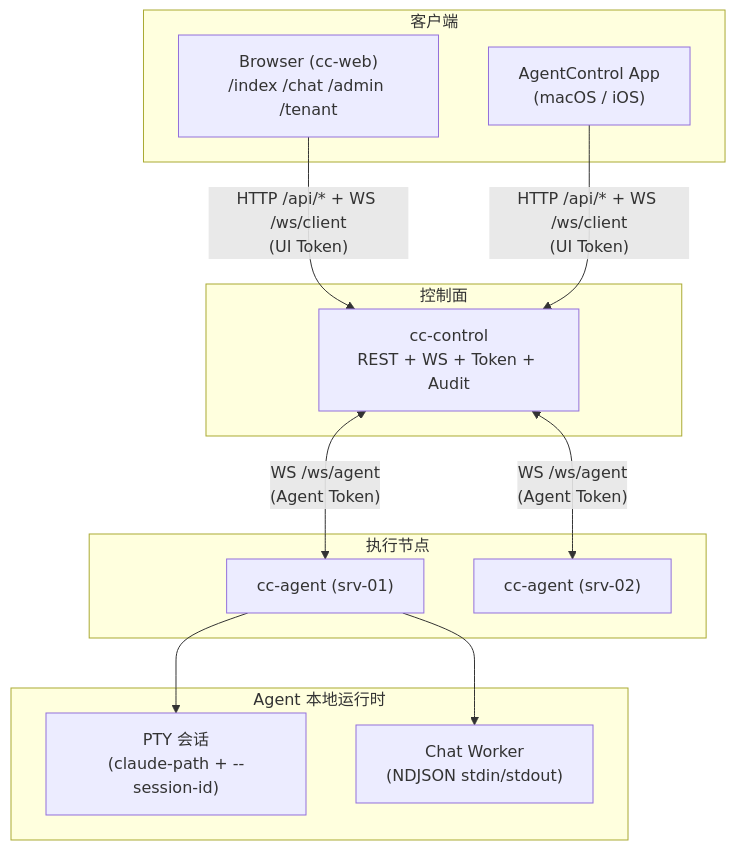
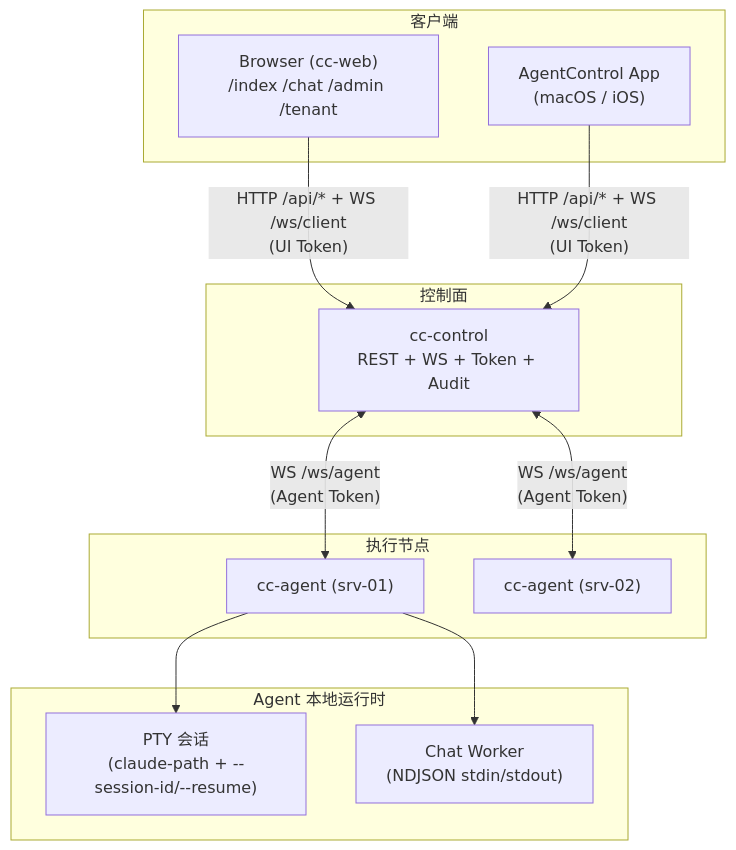
One commit to xuzhougeng/agent-control changed the first of 5 diagrams in docs/architecture.md. Above: the diagram before and after it, drawn with Mermaid. The commit also changed other lines of this file and 28 other files, not shown here.

````diff
--- a/docs/architecture.md
+++ b/docs/architecture.md
@@ -7,28 +7,28 @@
 ```mermaid
 flowchart TB
     subgraph Clients["客户端"]
         Browser["Browser (cc-web)\n/index /chat /admin /tenant"]
         App["AgentControl App\n(macOS / iOS)"]
     end
 
     subgraph Control["控制面"]
         CC["cc-control\nREST + WS + Token + Audit"]
     end
 
     subgraph Nodes["执行节点"]
         A1["cc-agent (srv-01)"]
         A2["cc-agent (srv-02)"]
     end
 
     subgraph Runtime["Agent 本地运行时"]
-        PTY["PTY 会话\n(claude-path + --session-id)"]
+        PTY["PTY 会话\n(claude-path + --session-id/--resume)"]
         CHAT["Chat Worker\n(NDJSON stdin/stdout)"]
     end
 
     Browser -->|"HTTP /api/* + WS /ws/client\n(UI Token)"| CC
     App -->|"HTTP /api/* + WS /ws/client\n(UI Token)"| CC
     CC <-->|"WS /ws/agent\n(Agent Token)"| A1
     CC <-->|"WS /ws/agent\n(Agent Token)"| A2
     A1 --> PTY
     A1 --> CHAT
 ```
````
